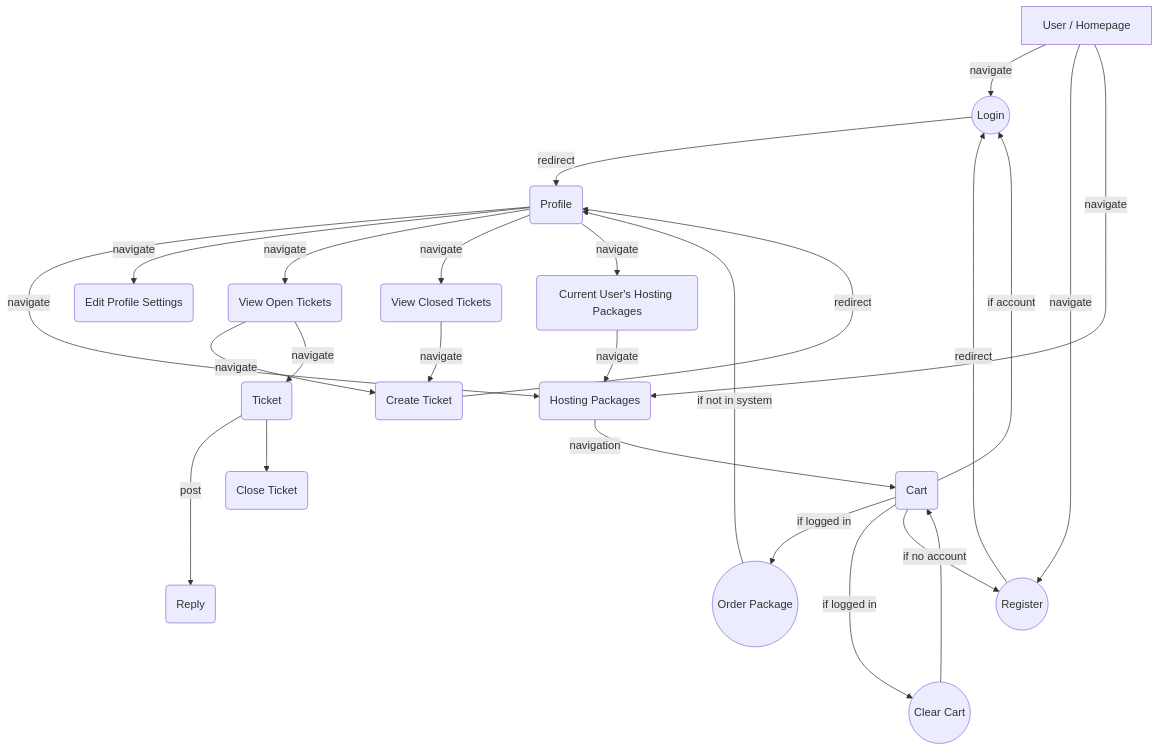
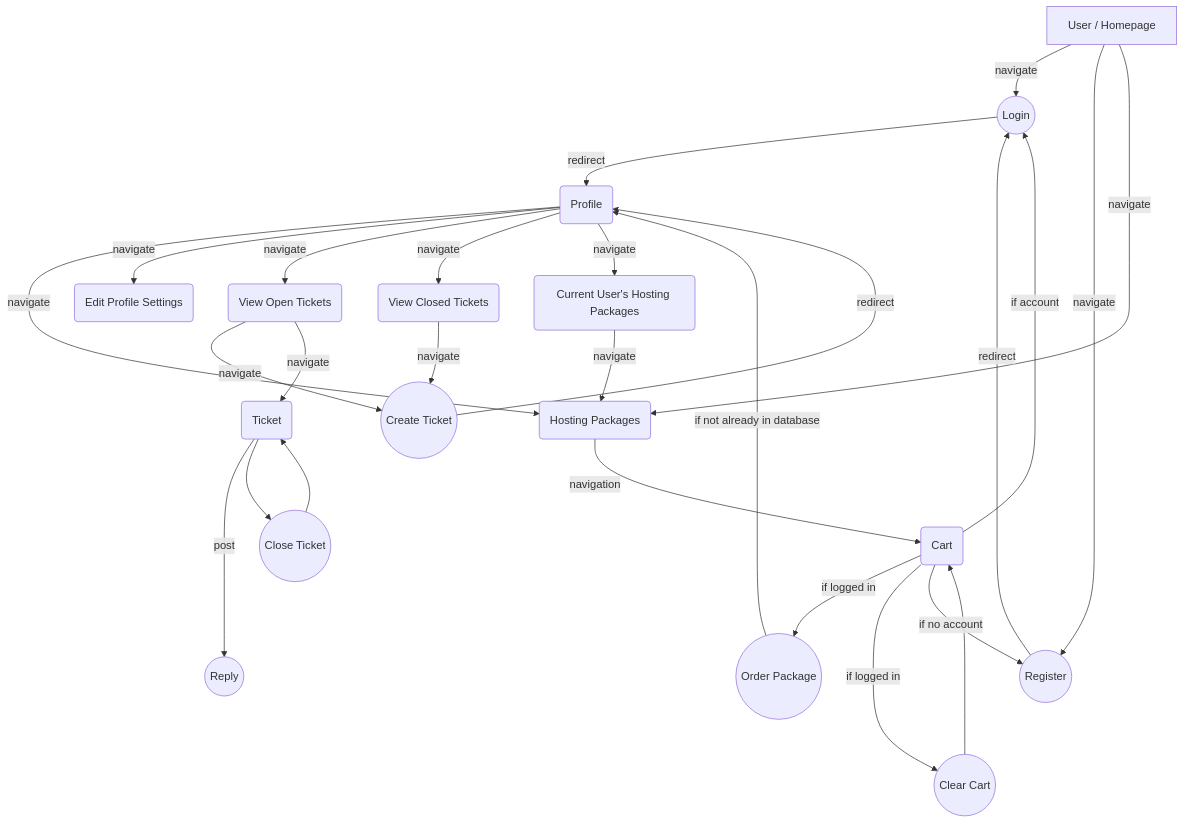
The diagram in README.md (winterreigndev/Project-01), drawn with Mermaid before and after one commit. The commit also changed other lines of this file, not shown here.

````diff
--- a/README.md
+++ b/README.md
@@ -24,28 +24,29 @@
 ```mermaid
 graph TD
 A[User / Homepage] -- navigate --> B((Login))
 A -- navigate --> C((Register))
 C  -- redirect --> B
 B -- redirect --> D(Profile)
 A -- navigate -->E(Hosting Packages)
 E -- navigation --> F(Cart)
 F -- if logged in --> G((Order Package))
-G -- if not in system -->D
+G -- if not already in database -->D
 F -- if logged in ---> P((Clear Cart))
 P --> F
 F -- if no account -->C
 F -- if account --> B
 D -- navigate --> E
 D -- navigate -->H(Edit Profile Settings)
-J --  navigate --> I(Create Ticket)
+J --  navigate --> I((Create Ticket))
 I -- redirect -->D
 D --  navigate --> J(View Open Tickets)
 J -- navigate --> M(Ticket)
-M -- post ---> N(Reply)
-M --> O(Close Ticket)
+M -- post ---> N((Reply))
+M --> O((Close Ticket))
 D --  navigate --> K(View Closed Tickets)
 K -- navigate --> I
 D --  navigate --> L(Current User's Hosting Packages)
 L -- navigate --> E
+O --> M
 
 ```
````
